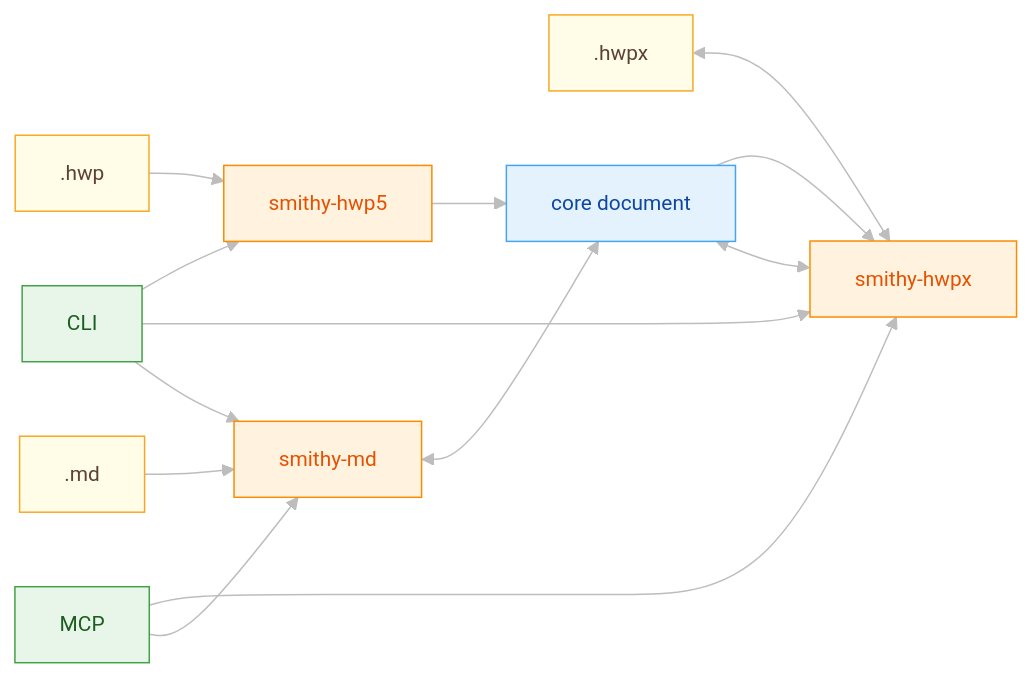
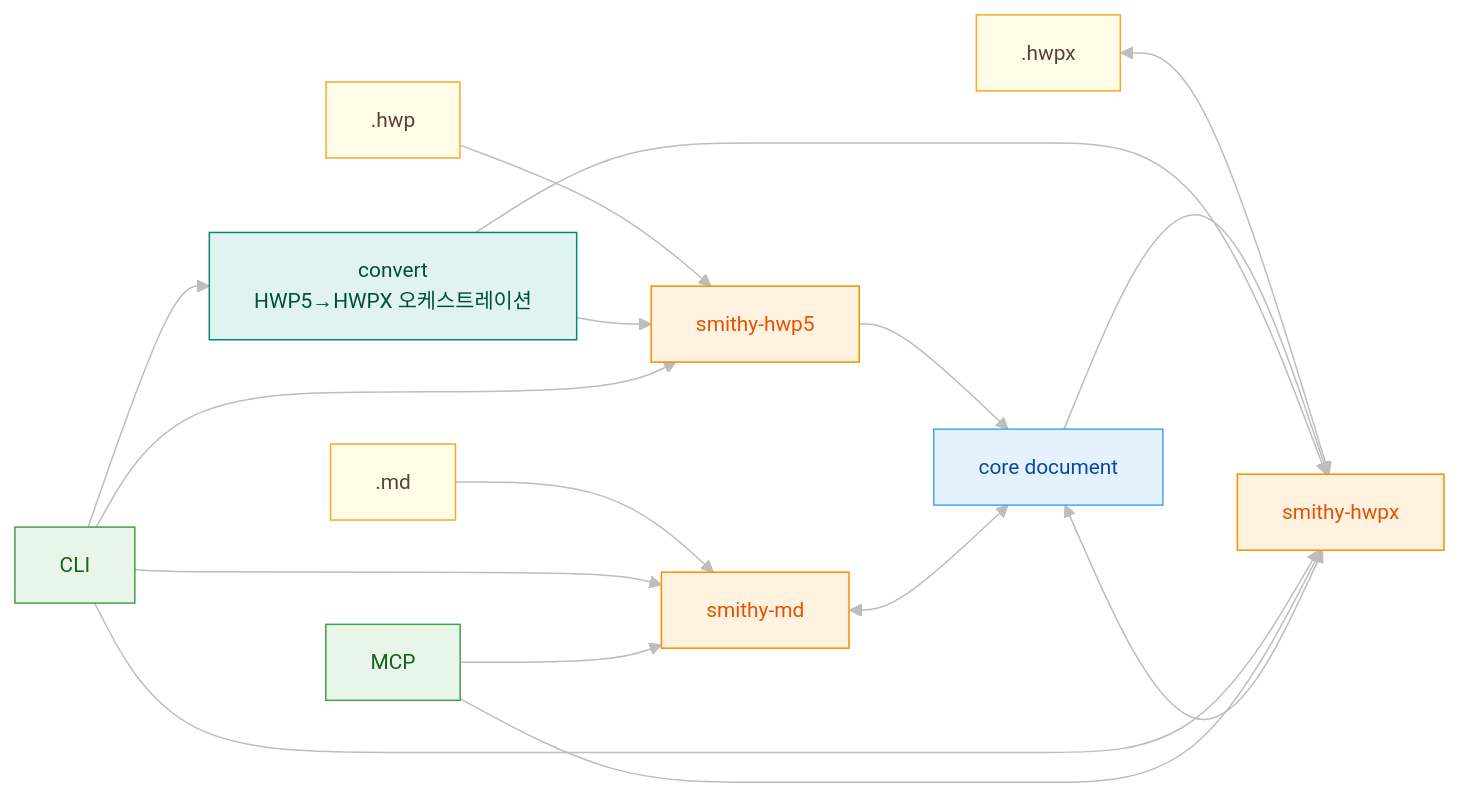
The second of 2 diagrams in README.md (ai-screams/HwpForge), drawn with Mermaid before and after one commit. The commit also changed other lines of this file and 3 other files, not shown here.

````diff
--- a/README.md
+++ b/README.md
@@ -431,23 +439,28 @@
 ```mermaid
 %%{init: {'theme': 'base', 'themeVariables': {'fontSize': '14px', 'lineColor': '#BDBDBD'}}}%%
 flowchart LR
     HWP5[".hwp"]:::file --> SH5["smithy-hwp5"]:::smithy
     MD[".md"]:::file --> SMD["smithy-md"]:::smithy
     HWPX[".hwpx"]:::file <--> SHX["smithy-hwpx"]:::smithy
 
     SH5 --> CORE["core document"]:::core
     SHX <--> CORE
     SMD <--> CORE
     CORE --> SHX
 
-    CLI["CLI"]:::binding --> SH5
+    CONV["convert<br/>HWP5→HWPX 오케스트레이션"]:::convert --> SH5
+    CONV --> SHX
+
+    CLI["CLI"]:::binding --> CONV
+    CLI --> SH5
     CLI --> SHX
     CLI --> SMD
     MCP["MCP"]:::binding --> SHX
     MCP --> SMD
 
     classDef file fill:#FFFDE7,stroke:#F9A825,color:#5D4037
     classDef smithy fill:#FFF3E0,stroke:#FB8C00,color:#E65100
+    classDef convert fill:#E0F2F1,stroke:#00897B,color:#004D40
     classDef core fill:#E3F2FD,stroke:#42A5F5,color:#0D47A1
     classDef binding fill:#E8F5E9,stroke:#43A047,color:#1B5E20
 ```
````
